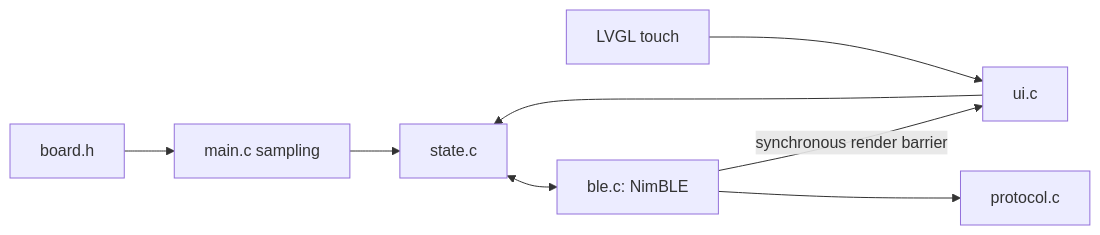
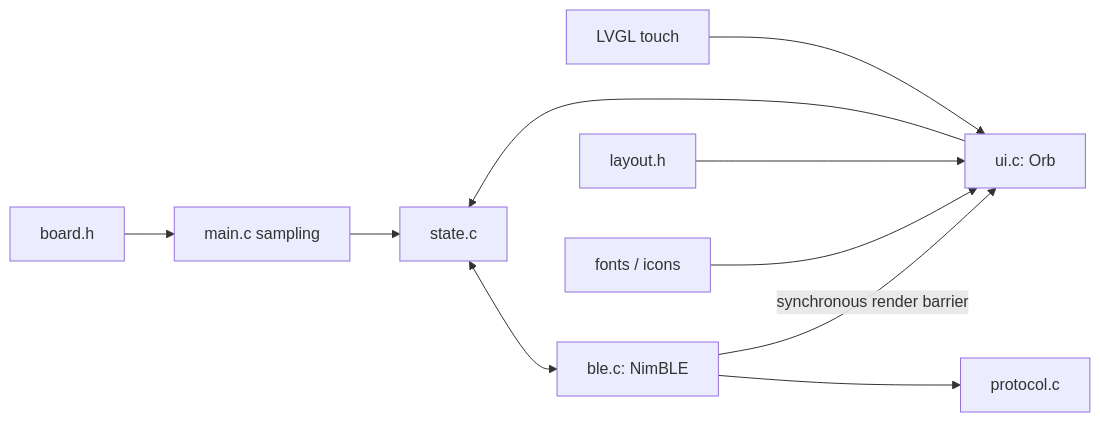
Before and after one commit to Harwasch/voiceremote: the diagram in FW/app/README.md, drawn with Mermaid. The commit also changed other lines of this file and 34 other files, not shown here.

````diff
--- a/FW/app/README.md
+++ b/FW/app/README.md
@@ -3,9 +3,10 @@
 ```mermaid
 flowchart LR
     Board[board.h] --> Main[main.c sampling]
-    Touch[LVGL touch] --> UI[ui.c]
+    Touch[LVGL touch] --> UI[ui.c: Orb]
     Main & UI --> State[state.c]
     State <--> BLE[ble.c: NimBLE]
     BLE --> Wire[protocol.c]
     BLE -->|synchronous render barrier| UI
+    Geometry[layout.h] & Assets[fonts / icons] --> UI
 ```
````
